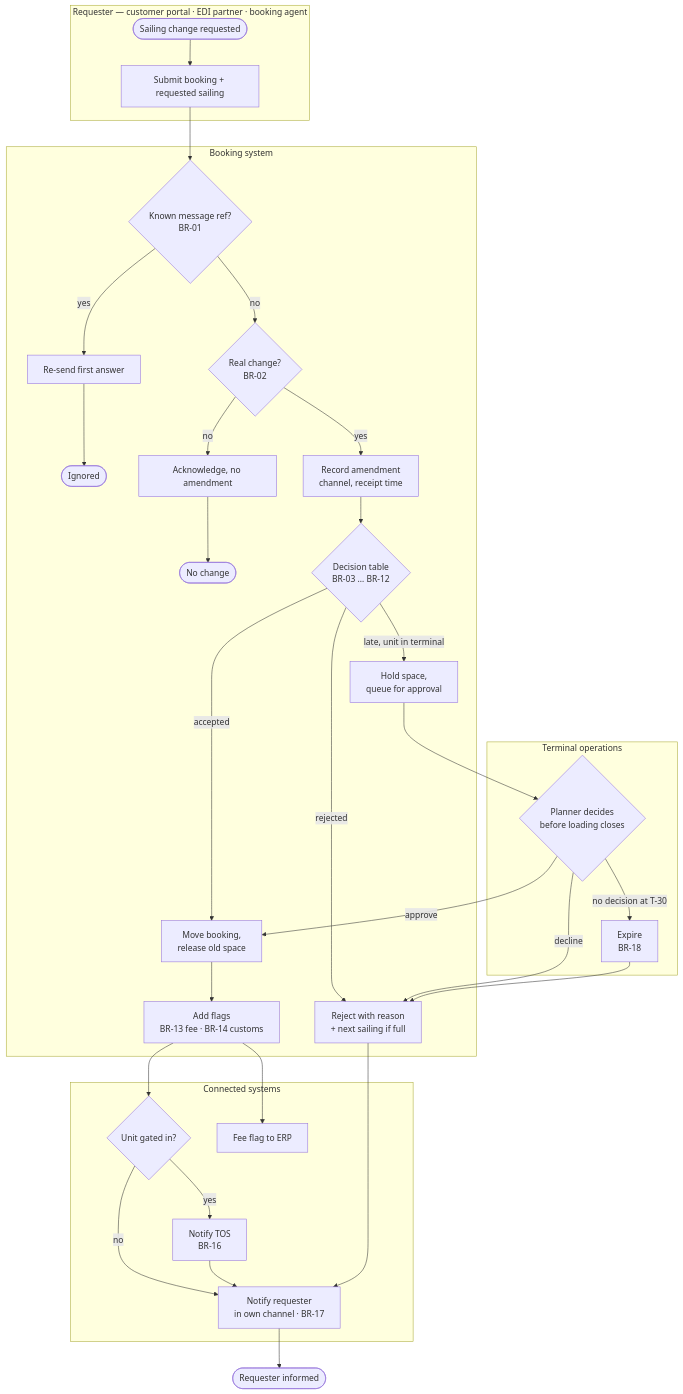
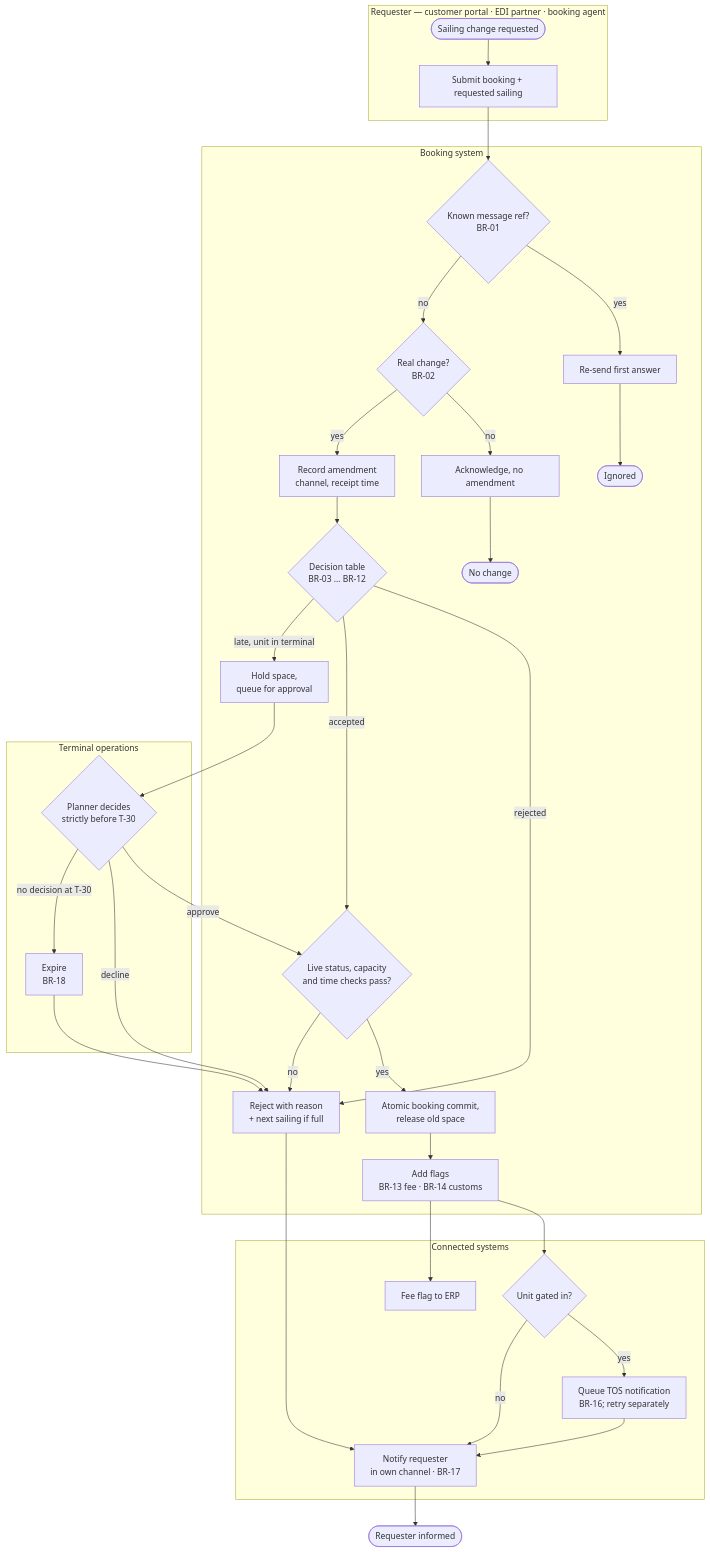
One commit to phlppgdfry/shortsea-booking-functional-analysis changed the diagram in docs/05-models/process-to-be.md. Above: the diagram before and after it, drawn with Mermaid. The commit also changed 23 other files, not shown here.

````diff
--- a/docs/05-models/process-to-be.md
+++ b/docs/05-models/process-to-be.md
@@ -11,37 +11,39 @@
 ```mermaid
 flowchart TB
   subgraph REQ["Requester — customer portal · EDI partner · booking agent"]
     A([Sailing change requested]) --> B[Submit booking + requested sailing]
   end
 
   subgraph BKG["Booking system"]
     B --> C{Known message ref?<br/>BR-01}
     C -- yes --> C1[Re-send first answer] --> Z1([Ignored])
     C -- no --> D{Real change?<br/>BR-02}
     D -- no --> D1[Acknowledge, no amendment] --> Z2([No change])
     D -- yes --> E[Record amendment<br/>channel, receipt time]
     E --> F{Decision table<br/>BR-03 … BR-12}
     F -- rejected --> R[Reject with reason<br/>+ next sailing if full]
-    F -- accepted --> G[Move booking,<br/>release old space]
+    F -- accepted --> V{Live status, capacity<br/>and time checks pass?}
+    V -- yes --> G[Atomic booking commit,<br/>release old space]
     F -- late, unit in terminal --> P[Hold space,<br/>queue for approval]
     G --> H[Add flags<br/>BR-13 fee · BR-14 customs]
   end
 
   subgraph OPS["Terminal operations"]
-    P --> Q{Planner decides<br/>before loading closes}
-    Q -- approve --> G
+    P --> Q{Planner decides<br/>strictly before T-30}
+    Q -- approve --> V
+    V -- no --> R
     Q -- decline --> R
     Q -- no decision at T-30 --> X[Expire<br/>BR-18] --> R
   end
 
   subgraph SYS["Connected systems"]
     H --> T{Unit gated in?}
-    T -- yes --> T1[Notify TOS<br/>BR-16]
+    T -- yes --> T1[Queue TOS notification<br/>BR-16; retry separately]
     T -- no --> N
     T1 --> N[Notify requester<br/>in own channel · BR-17]
     H --> F1[Fee flag to ERP]
     R --> N
   end
 
   N --> Z3([Requester informed])
 ```
````
